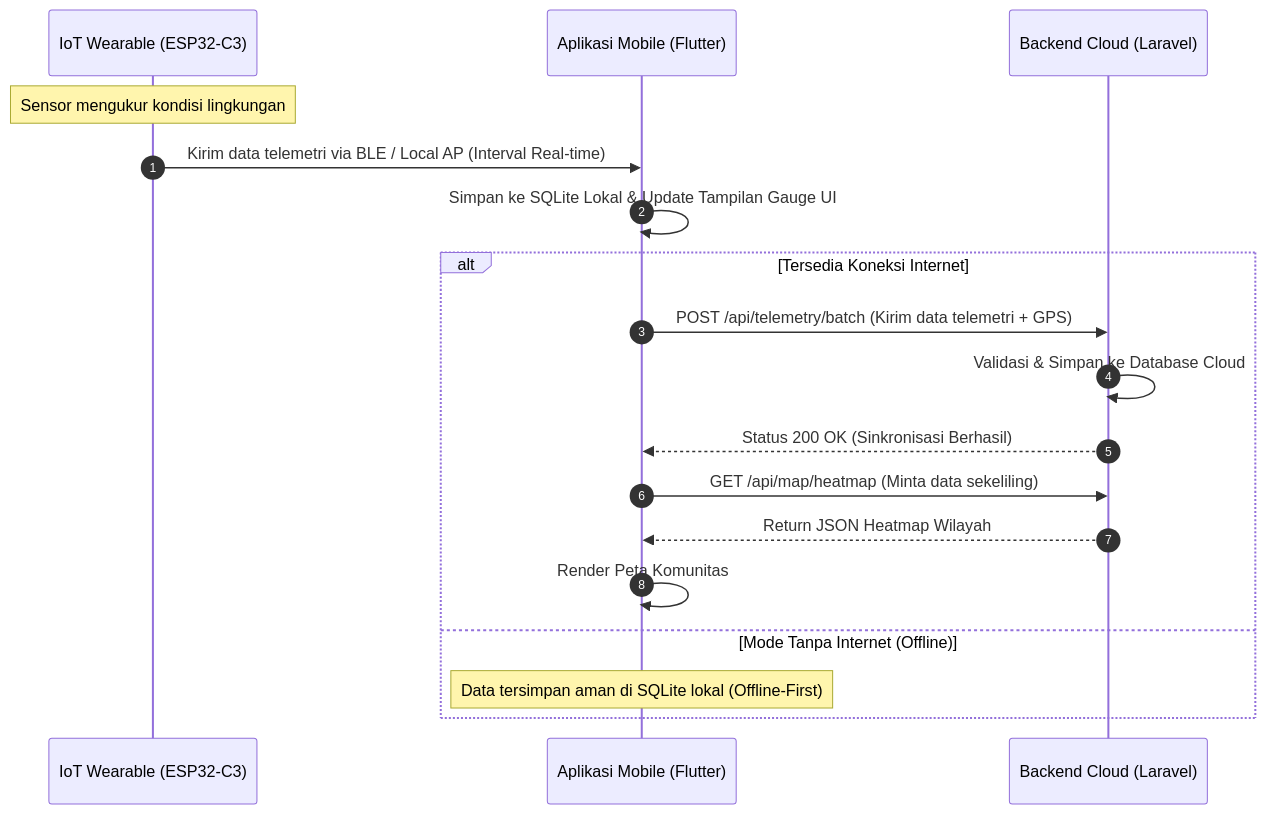
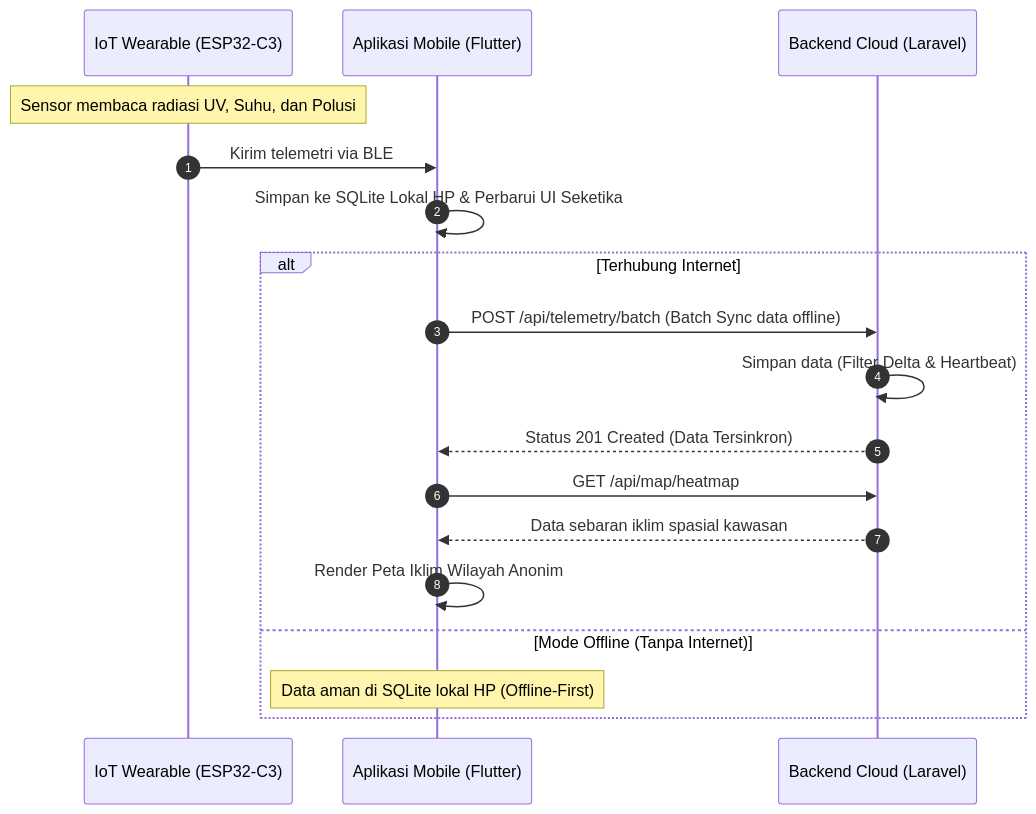
The second of 2 diagrams in README.md (Ronaltama/KlimoApp), drawn with Mermaid before and after one commit. The commit also changed other lines of this file and 21 other files, not shown here.

````diff
--- a/README.md
+++ b/README.md
@@ -68,22 +87,22 @@
 ```mermaid
 sequenceDiagram
     autonumber
     participant W as IoT Wearable (ESP32-C3)
     participant A as Aplikasi Mobile (Flutter)
     participant B as Backend Cloud (Laravel)
     
-    Note over W: Sensor mengukur kondisi lingkungan
-    W->>A: Kirim data telemetri via BLE / Local AP (Interval Real-time)
-    A->>A: Simpan ke SQLite Lokal & Update Tampilan Gauge UI
+    Note over W: Sensor membaca radiasi UV, Suhu, dan Polusi
+    W->>A: Kirim telemetri via BLE
+    A->>A: Simpan ke SQLite Lokal HP & Perbarui UI Seketika
     
-    alt Tersedia Koneksi Internet
-        A->>B: POST /api/telemetry/batch (Kirim data telemetri + GPS)
-        B->>B: Validasi & Simpan ke Database Cloud
-        B-->>A: Status 200 OK (Sinkronisasi Berhasil)
-        A->>B: GET /api/map/heatmap (Minta data sekeliling)
-        B-->>A: Return JSON Heatmap Wilayah
-        A->>A: Render Peta Komunitas
-    else Mode Tanpa Internet (Offline)
-        Note over A: Data tersimpan aman di SQLite lokal (Offline-First)
+    alt Terhubung Internet
+        A->>B: POST /api/telemetry/batch (Batch Sync data offline)
+        B->>B: Simpan data (Filter Delta & Heartbeat)
+        B-->>A: Status 201 Created (Data Tersinkron)
+        A->>B: GET /api/map/heatmap
+        B-->>A: Data sebaran iklim spasial kawasan
+        A->>A: Render Peta Iklim Wilayah Anonim
+    else Mode Offline (Tanpa Internet)
+        Note over A: Data aman di SQLite lokal HP (Offline-First)
     end
 ```
````
